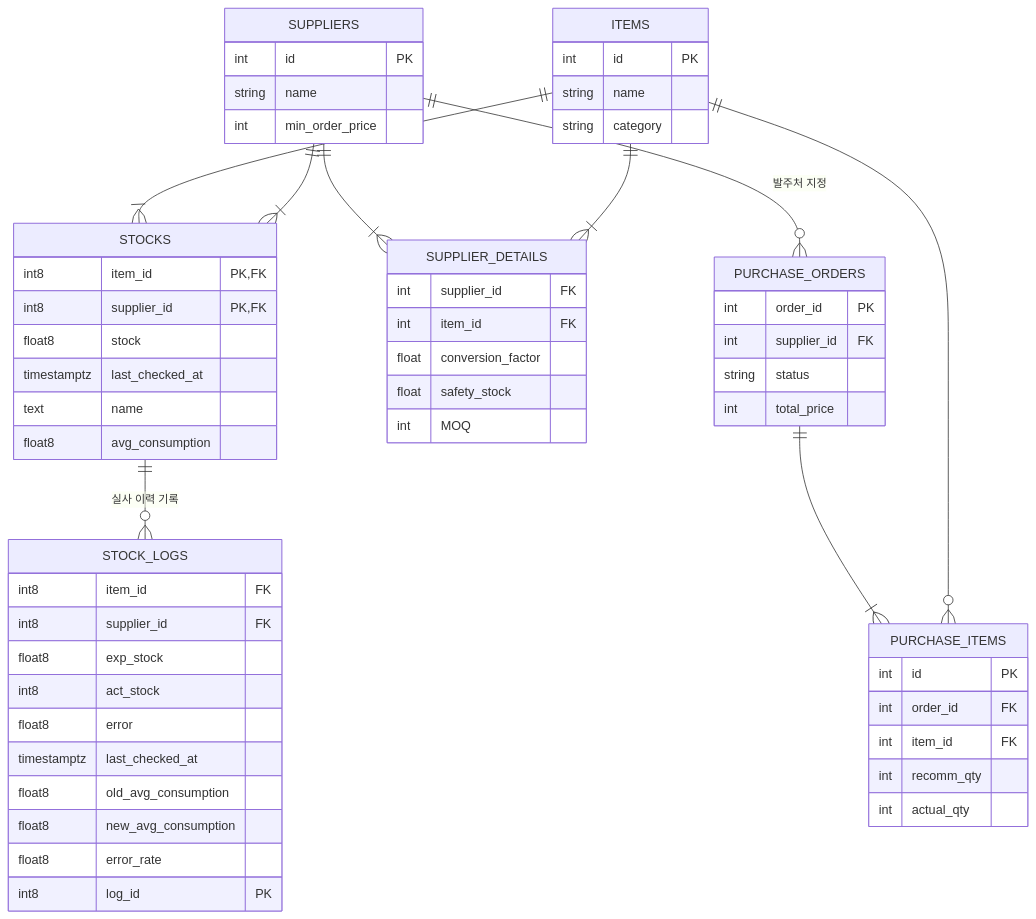
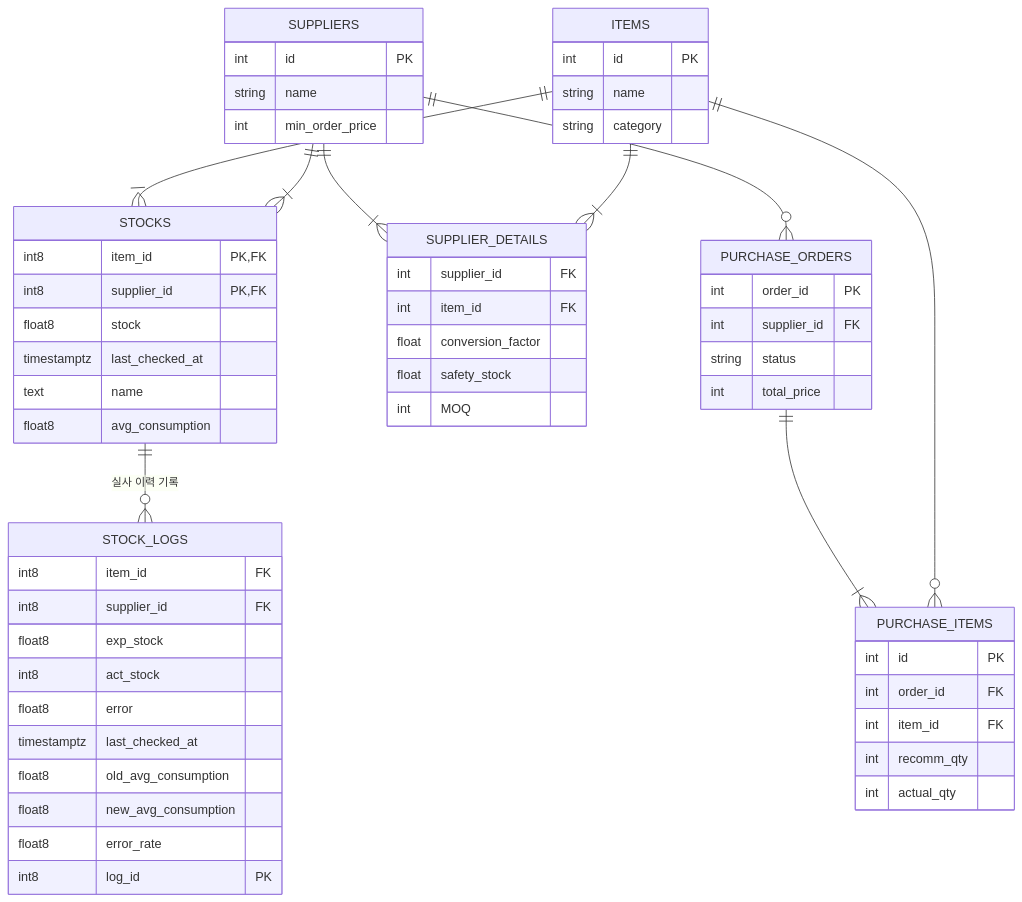
The diagram in README.md (JSHUH0401/Inventory-Management-System), drawn with Mermaid before and after one commit.

Commit message:
Update README.md
README Update

````diff
--- a/README.md
+++ b/README.md
@@ -28,69 +28,69 @@
 ```mermaid
 erDiagram
     %% [Domain 1: Master Data]
     ITEMS ||--|{ STOCKS : ""
     SUPPLIERS ||--|{ SUPPLIER_DETAILS : ""
     ITEMS ||--|{ SUPPLIER_DETAILS : ""
     SUPPLIERS ||--|{STOCKS : ""
     STOCKS ||--o{ STOCK_LOGS : "실사 이력 기록"
 
     %% [Domain 3: Transaction]
     PURCHASE_ORDERS ||--|{ PURCHASE_ITEMS : ""
     ITEMS ||--o{ PURCHASE_ITEMS : ""
-    SUPPLIERS ||--o{ PURCHASE_ORDERS : "발주처 지정"
+    SUPPLIERS ||--o{ PURCHASE_ORDERS : ""
     ITEMS {
         int id PK
         string name
         string category
     }
 
     SUPPLIERS {
         int id PK
         string name
         int min_order_price
     }
 
     SUPPLIER_DETAILS {
         int supplier_id FK
         int item_id FK
         float conversion_factor
         float safety_stock
         int MOQ
     }
 
     STOCKS {
         int8 item_id PK, FK
         int8 supplier_id PK, FK
         float8 stock
         timestamptz last_checked_at
         text name
         float8 avg_consumption
     }
 
     STOCK_LOGS {
         int8 item_id FK
         int8 supplier_id FK
         float8 exp_stock
         int8 act_stock
         float8 error
         timestamptz last_checked_at
         float8 old_avg_consumption
         float8 new_avg_consumption
         float8 error_rate
         int8 log_id PK
     }
     PURCHASE_ORDERS {
         int order_id PK
         int supplier_id FK
         string status
         int total_price
     }
 
     PURCHASE_ITEMS {
         int id PK
         int order_id FK
         int item_id FK
         int recomm_qty
         int actual_qty
     }
 ```
````
